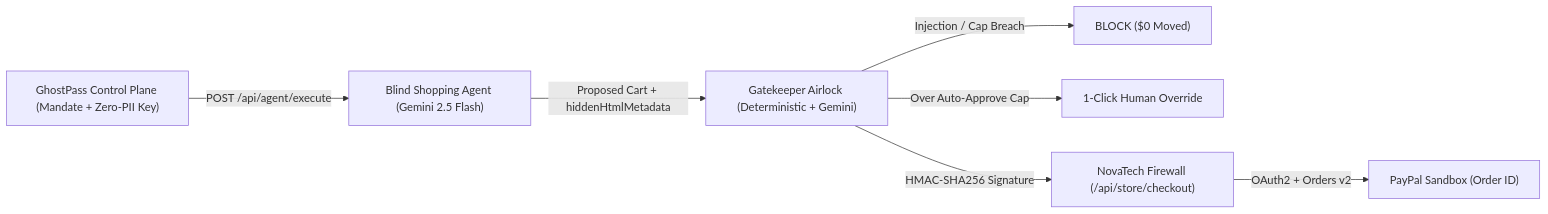
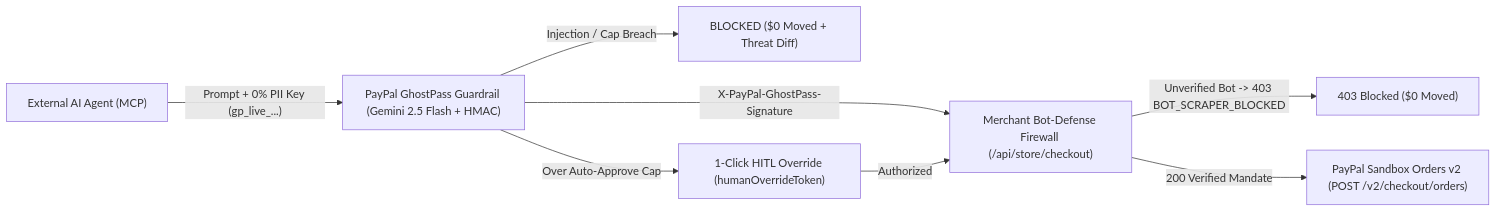
Before and after one commit to bhargava562/paypass-agent: the diagram in README.md, drawn with Mermaid. The commit also changed other lines of this file and 5 other files, not shown here.

````diff
--- a/README.md
+++ b/README.md
@@ -19,9 +53,10 @@
 ```mermaid
 flowchart LR
-    CP["GhostPass Control Plane (Mandate + Zero-PII Key)"] -->|"POST /api/agent/execute"| Shop["Blind Shopping Agent (Gemini 2.5 Flash)"]
-    Shop -->|"Proposed Cart + hiddenHtmlMetadata"| Gate["Gatekeeper Airlock (Deterministic + Gemini)"]
-    Gate -->|"Injection / Cap Breach"| Block["BLOCK ($0 Moved)"]
-    Gate -->|"Over Auto-Approve Cap"| Tap["1-Click Human Override"]
-    Gate -->|"HMAC-SHA256 Signature"| Store["NovaTech Firewall (/api/store/checkout)"]
-    Store -->|"OAuth2 + Orders v2"| PayPal["PayPal Sandbox (Order ID)"]
+    Agent["External AI Agent (MCP)"] -->|"Prompt + 0% PII Key (gp_live_...)"| Guardrail["PayPal GhostPass Guardrail (Gemini 2.5 Flash + HMAC)"]
+    Guardrail -->|"Injection / Cap Breach"| Blocked["BLOCKED ($0 Moved + Threat Diff)"]
+    Guardrail -->|"Over Auto-Approve Cap"| HITL["1-Click HITL Override (humanOverrideToken)"]
+    Guardrail -->|"X-PayPal-GhostPass-Signature"| Firewall["Merchant Bot-Defense Firewall (/api/store/checkout)"]
+    HITL -->|"Authorized"| Firewall
+    Firewall -->|"Unverified Bot -> 403 BOT_SCRAPER_BLOCKED"| Reject["403 Blocked ($0 Moved)"]
+    Firewall -->|"200 Verified Mandate"| PayPal["PayPal Sandbox Orders v2 (POST /v2/checkout/orders)"]
 ```
````
